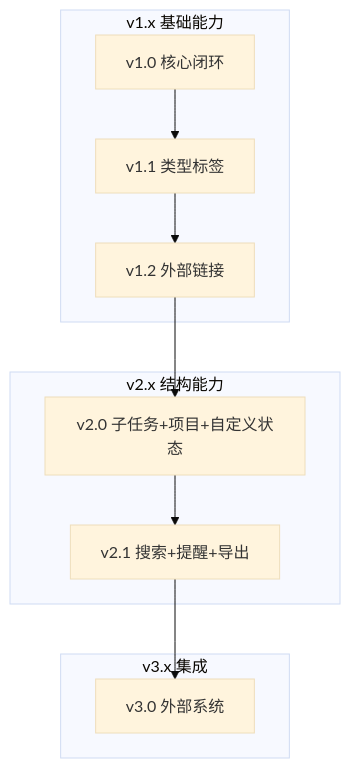
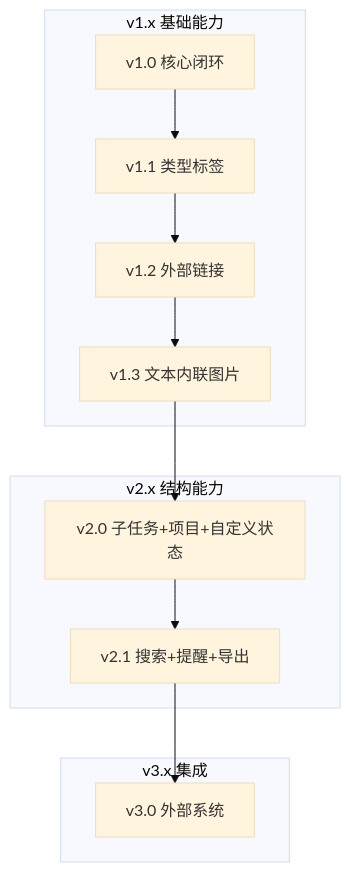
The second of 2 diagrams in plan/版本规划.md (tutuxu/workOrder), drawn with Mermaid (base theme) before and after one commit. The commit also changed other lines of this file and 1 other file, not shown here.

````diff
--- a/plan/版本规划.md
+++ b/plan/版本规划.md
@@ -247,16 +290,17 @@
 ```mermaid
 flowchart TB
     subgraph v1 [v1.x 基础能力]
         A[v1.0 核心闭环]
         B[v1.1 类型标签]
         C[v1.2 外部链接]
+        C2[v1.3 文本内联图片]
     end
     subgraph v2 [v2.x 结构能力]
         D[v2.0 子任务+项目+自定义状态]
         E[v2.1 搜索+提醒+导出]
     end
     subgraph v3 [v3.x 集成]
         F[v3.0 外部系统]
     end
-    A --> B --> C --> D --> E --> F
+    A --> B --> C --> C2 --> D --> E --> F
 ```
````
